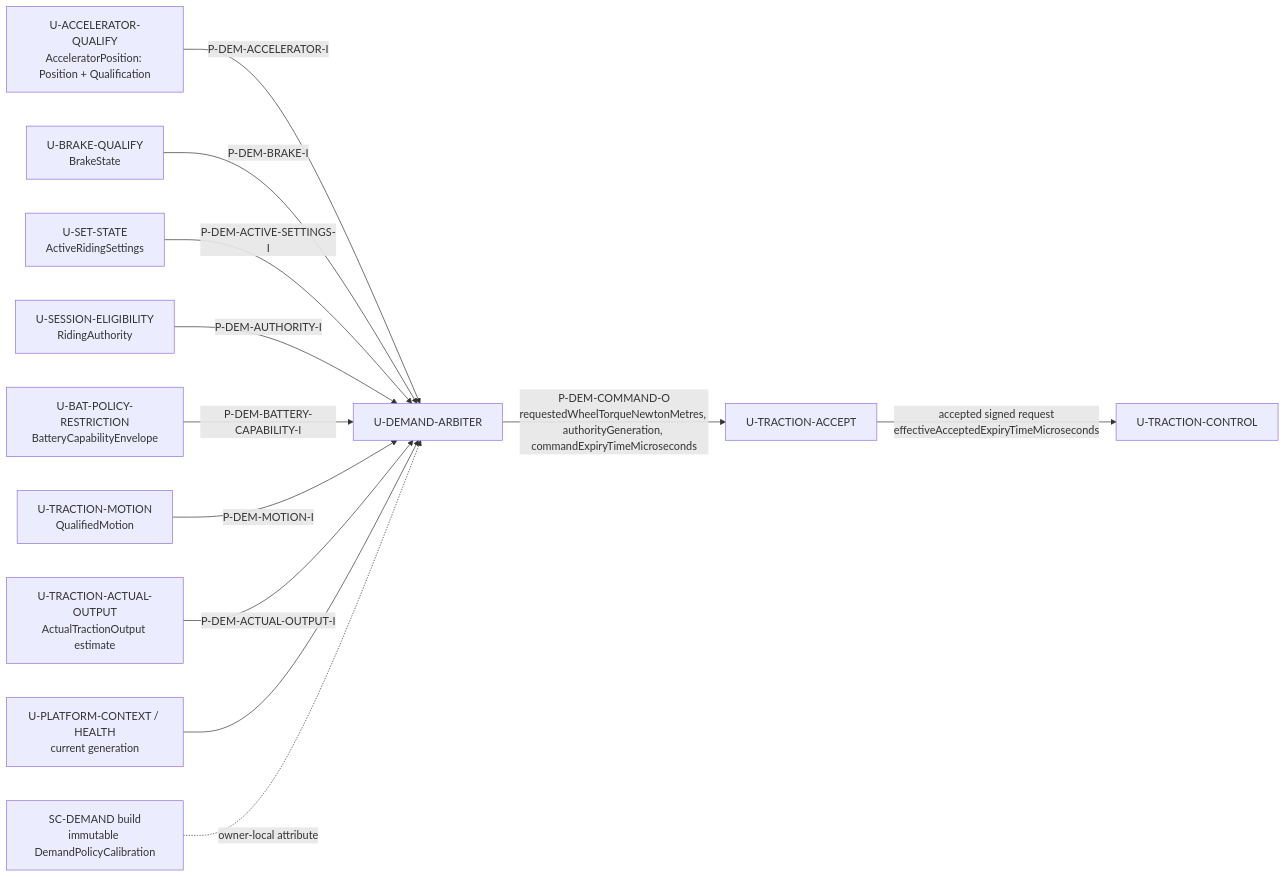
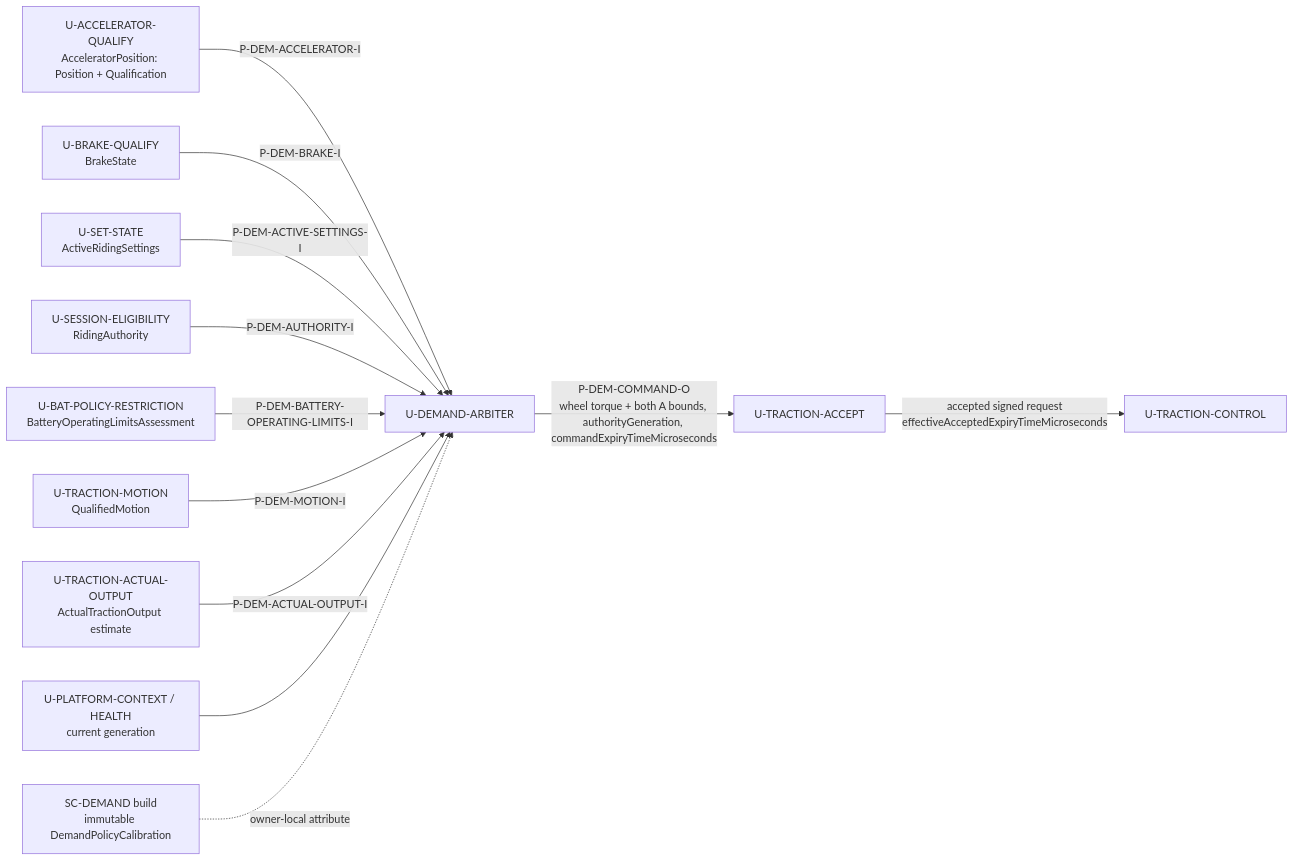
One commit to dhellhake/X2CityMCU changed the eighth of 9 diagrams in .devenv/Architecture/SoftwareArchitecture/DetailedDesign/DD-003_Static_Software_Architecture_Views.md. Above: the diagram before and after it, drawn with Mermaid. The commit also changed other lines of this file and 74 other files, not shown here.

````diff
--- a/.devenv/Architecture/SoftwareArchitecture/DetailedDesign/DD-003_Static_Software_Architecture_Views.md
+++ b/.devenv/Architecture/SoftwareArchitecture/DetailedDesign/DD-003_Static_Software_Architecture_Views.md
@@ -259,14 +259,14 @@
 ```mermaid
 flowchart LR
     ACC[U-ACCELERATOR-QUALIFY\nAcceleratorPosition: Position + Qualification] -->|P-DEM-ACCELERATOR-I| D[U-DEMAND-ARBITER]
     BRK[U-BRAKE-QUALIFY\nBrakeState] -->|P-DEM-BRAKE-I| D
     SET[U-SET-STATE\nActiveRidingSettings] -->|P-DEM-ACTIVE-SETTINGS-I| D
     SES["U-SESSION-ELIGIBILITY<br/>RidingAuthority"] -->|P-DEM-AUTHORITY-I| D
-    BAT["U-BAT-POLICY-RESTRICTION<br/>BatteryCapabilityEnvelope"] -->|P-DEM-BATTERY-CAPABILITY-I| D
+    BAT["U-BAT-POLICY-RESTRICTION<br/>BatteryOperatingLimitsAssessment"] -->|P-DEM-BATTERY-OPERATING-LIMITS-I| D
     MOT[U-TRACTION-MOTION\nQualifiedMotion] -->|P-DEM-MOTION-I| D
     OUT[U-TRACTION-ACTUAL-OUTPUT\nActualTractionOutput estimate] -->|P-DEM-ACTUAL-OUTPUT-I| D
     PLT[U-PLATFORM-CONTEXT / HEALTH\ncurrent generation] --> D
     CAL[SC-DEMAND build\nimmutable DemandPolicyCalibration] -.->|owner-local attribute| D
-    D -->|"P-DEM-COMMAND-O<br/>requestedWheelTorqueNewtonMetres, authorityGeneration, commandExpiryTimeMicroseconds"| TA[U-TRACTION-ACCEPT]
+    D -->|"P-DEM-COMMAND-O<br/>wheel torque + both A bounds, authorityGeneration, commandExpiryTimeMicroseconds"| TA[U-TRACTION-ACCEPT]
     TA -->|accepted signed request\neffectiveAcceptedExpiryTimeMicroseconds| TC[U-TRACTION-CONTROL]
 ```
````
